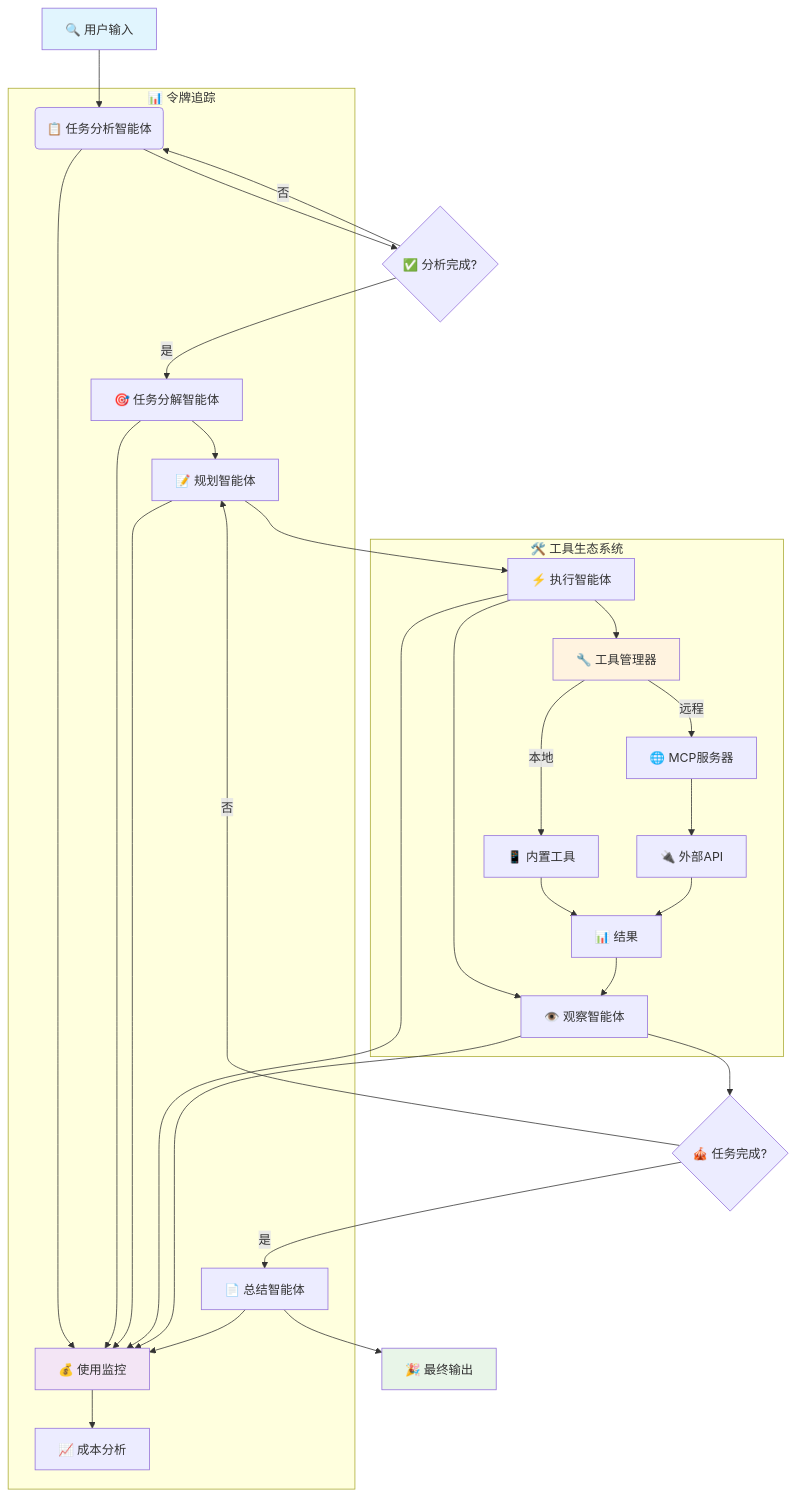
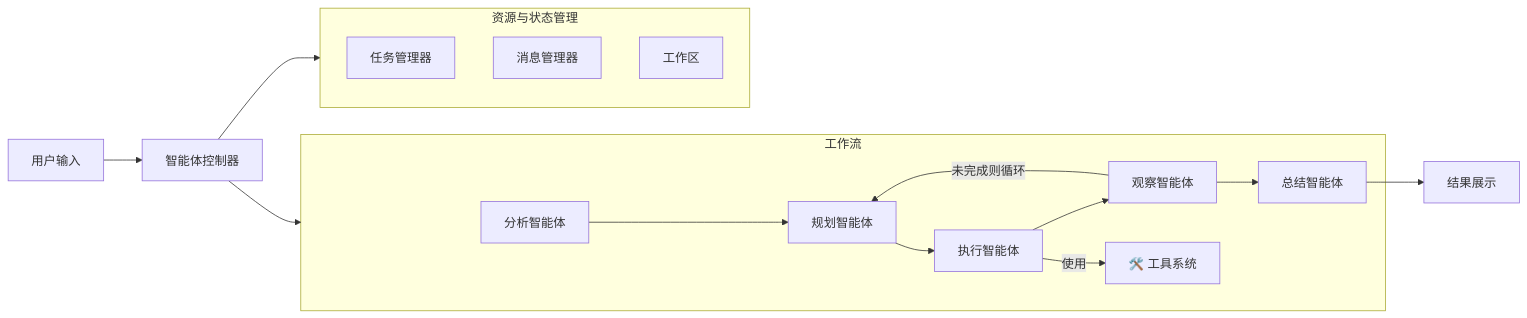
The diagram in README_CN.md (ZHangZHengEric/Sage), drawn with Mermaid before and after one commit. The commit also changed other lines of this file and 18 other files, not shown here.

````diff
--- a/README_CN.md
+++ b/README_CN.md
@@ -120,39 +120,19 @@
 ```mermaid
-graph TD
-    A[🔍 用户输入] --> B(📋 任务分析智能体)
-    B --> C{✅ 分析完成?}
-    C -->|是| D[🎯 任务分解智能体]
-    C -->|否| B
-    D --> E[📝 规划智能体]
-    E --> F[⚡ 执行智能体]
-    F --> G[👁️ 观察智能体]
-    G --> H{🎪 任务完成?}
-    H -->|是| I[📄 总结智能体]
-    H -->|否| E
-    I --> J[🎉 最终输出]
-    
-    subgraph "🛠️ 工具生态系统"
-        F --> K[🔧 工具管理器]
-        K -->|本地| L[📱 内置工具]
-        K -->|远程| M[🌐 MCP服务器]
-        M --> N[🔌 外部API]
-        L --> O[📊 结果]
-        N --> O
-        O --> G
+graph LR
+    U[用户输入] --> AC[智能体控制器]
+    AC --> WF
+    AC --> RM
+
+    subgraph WF[工作流]
+        A[分析智能体] --> B[规划智能体] --> C[执行智能体] --> D[观察智能体] --> E[总结智能体]
+        D -- "未完成则循环" --> B
+        C -- 使用 --> X[🛠️ 工具系统]
     end
-    
-    subgraph "📊 令牌追踪"
-        B --> P[💰 使用监控]
-        D --> P
-        E --> P
-        F --> P
-        G --> P
-        I --> P
-        P --> Q[📈 成本分析]
+    E --> R[结果展示]
+
+    subgraph RM["资源与状态管理"]
+        F[任务管理器]
+        G[消息管理器]
+        H[工作区]
     end
-    
-    style A fill:#e1f5fe
-    style J fill:#e8f5e8
-    style K fill:#fff3e0
-    style P fill:#f3e5f5
 ```
````
